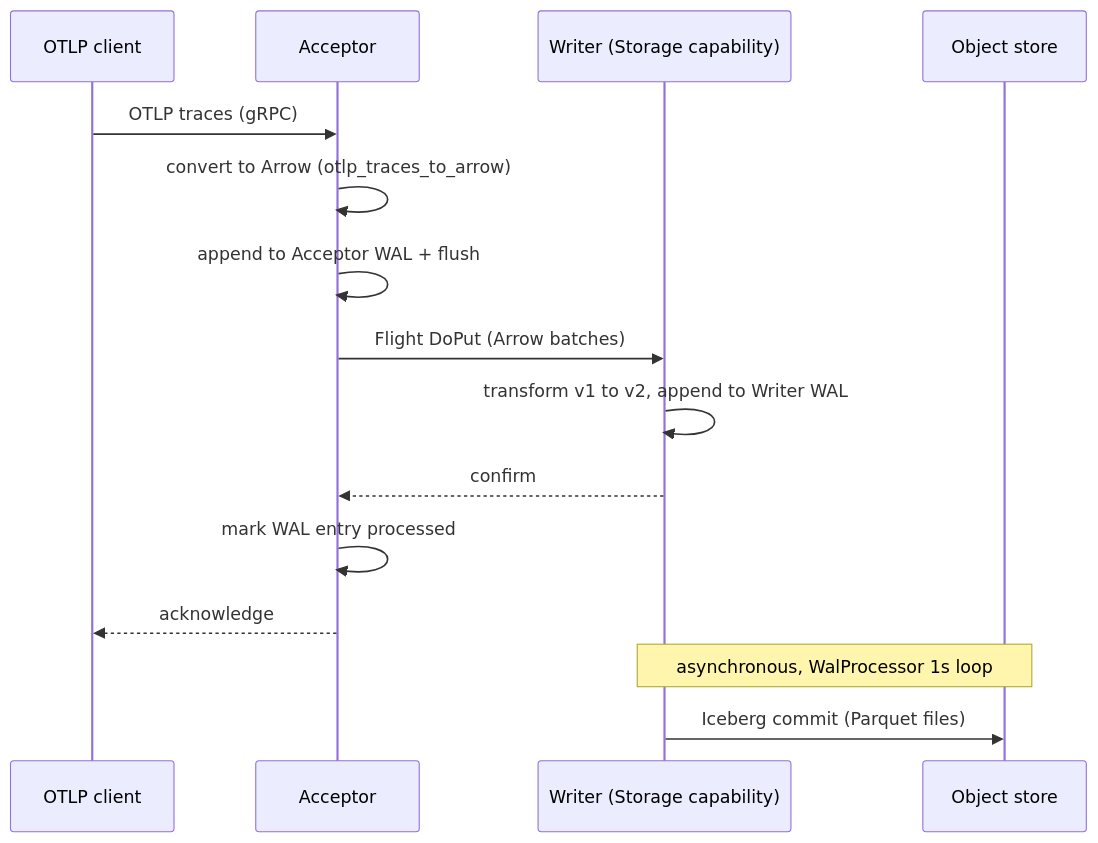
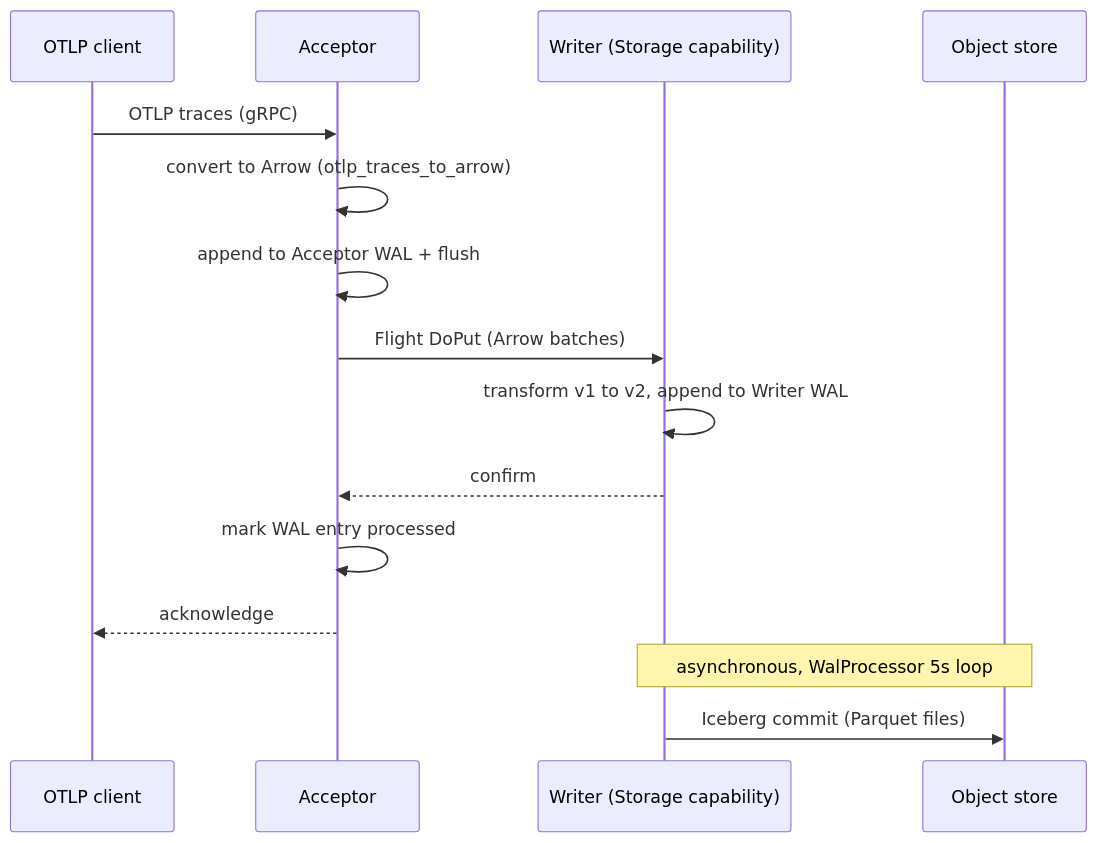
One commit to cedricziel/signaldb changed the first of 2 diagrams in docs/architecture/flight-communication.md. Above: the diagram before and after it, drawn with Mermaid. The commit also changed other lines of this file and 35 other files, not shown here.

````diff
--- a/docs/architecture/flight-communication.md
+++ b/docs/architecture/flight-communication.md
@@ -163,18 +169,18 @@
 ```mermaid
 sequenceDiagram
     participant C as OTLP client
     participant A as Acceptor
     participant W as Writer (Storage capability)
     participant O as Object store
 
     C->>A: OTLP traces (gRPC)
     A->>A: convert to Arrow (otlp_traces_to_arrow)
     A->>A: append to Acceptor WAL + flush
     A->>W: Flight DoPut (Arrow batches)
     W->>W: transform v1 to v2, append to Writer WAL
     W-->>A: confirm
     A->>A: mark WAL entry processed
     A-->>C: acknowledge
-    Note over W,O: asynchronous, WalProcessor 1s loop
+    Note over W,O: asynchronous, WalProcessor 5s loop
     W->>O: Iceberg commit (Parquet files)
 ```
````
